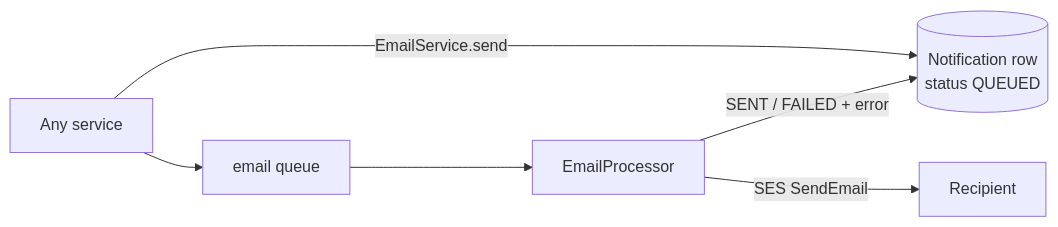
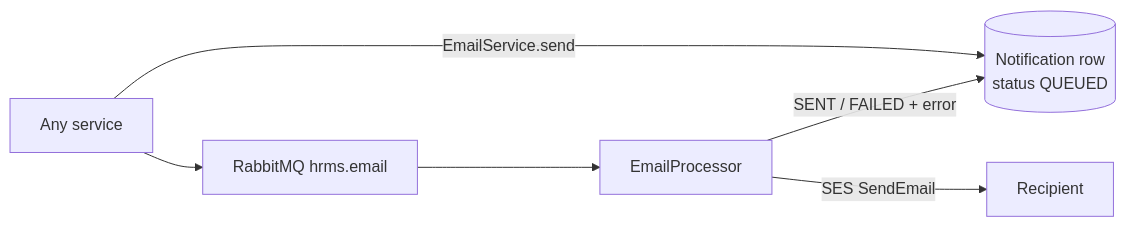
Before and after one commit to mky120799/HRMS-PORTAL: the diagram in docs/modules/notifications.md, drawn with Mermaid. The commit also changed other lines of this file and 34 other files, not shown here.

````diff
--- a/docs/modules/notifications.md
+++ b/docs/modules/notifications.md
@@ -11,8 +11,8 @@
 ```mermaid
 flowchart LR
   S[Any service] -->|EmailService.send| N[(Notification row<br/>status QUEUED)]
-  S --> Q[email queue]
+  S --> Q[RabbitMQ hrms.email]
   Q --> W[EmailProcessor]
   W -->|SES SendEmail| X[Recipient]
   W -->|SENT / FAILED + error| N
 ```
````
